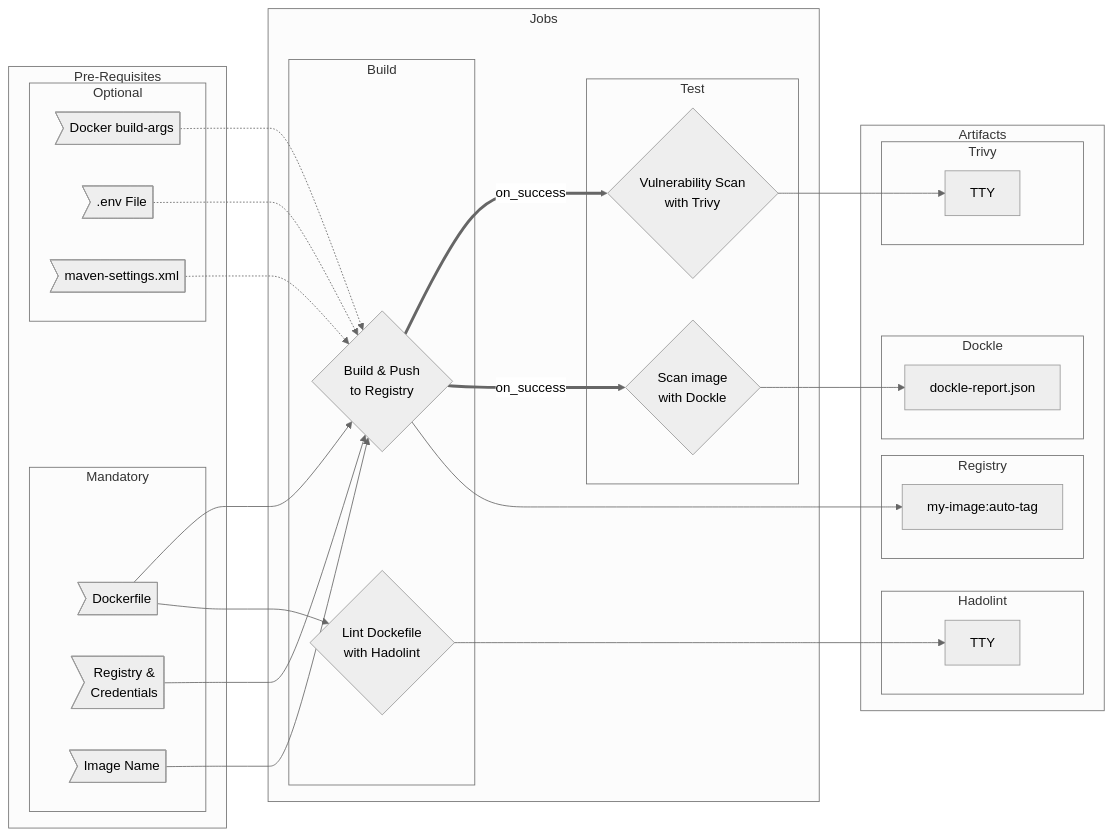
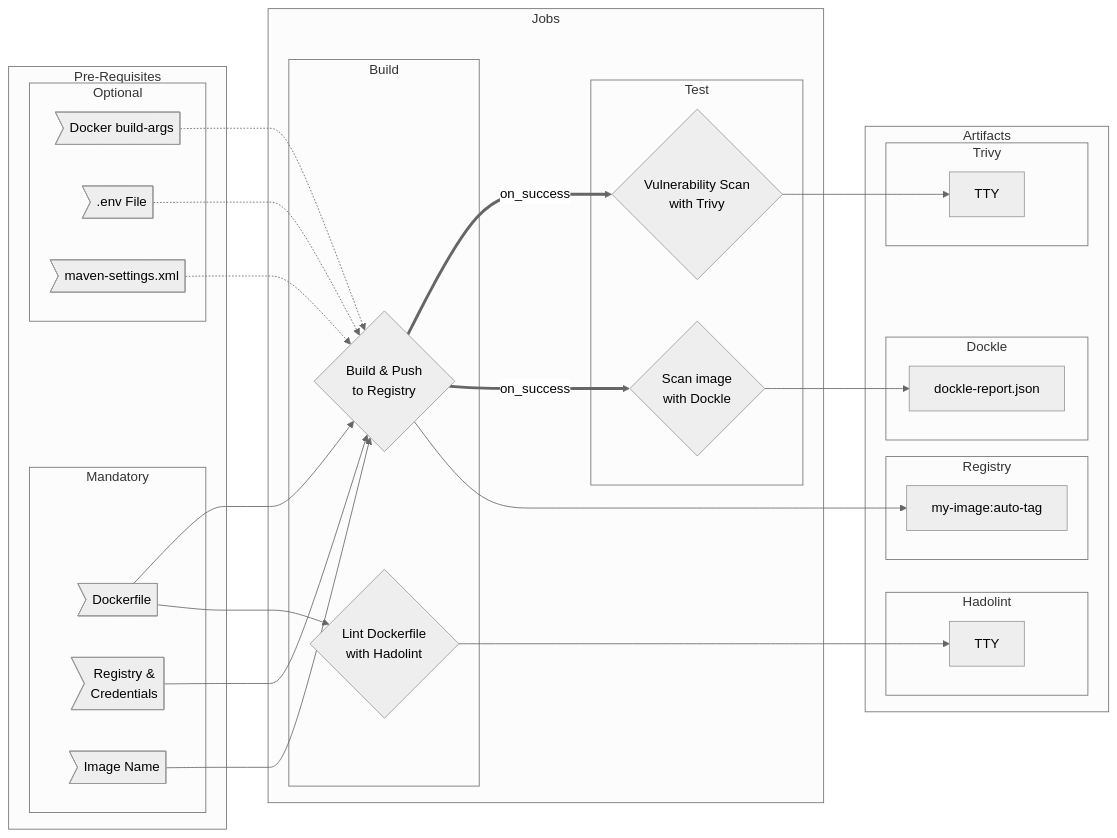
Before and after one commit to erzz/workflows: the diagram in docs/container/README.md, drawn with Mermaid. The commit also changed 13 other files, not shown here.

````diff
--- a/docs/container/README.md
+++ b/docs/container/README.md
@@ -14,58 +14,58 @@
 ```mermaid
 %%{init: {'theme': 'neutral'}}%%
 flowchart LR
   subgraph Pre-Requisites
     subgraph Mandatory
       dockerfile>"Dockerfile"]
       docker-creds>"Registry &\nCredentials"]
       image-name>"Image Name"]
     end
     subgraph Optional
       build-args>"Docker build-args"]
       env-file>".env File"]
       maven-settings>"maven-settings.xml"]
     end
   end
   subgraph Jobs
     subgraph Build
       build{"Build & Push\nto Registry"}
-      hadolint{"Lint Dockefile\nwith Hadolint"}
+      hadolint{"Lint Dockerfile\nwith Hadolint"}
     end
     subgraph Test
       dockle{"Scan image\nwith Dockle"}
       trivy{"Vulnerability Scan\nwith Trivy"}
     end
   end
   subgraph Artifacts
     subgraph Registry
       image["my-image:auto-tag"]
     end
     subgraph Hadolint
       hado-tty["TTY"]
     end
     subgraph Trivy
       trivy-tty["TTY"]
     end
     subgraph Dockle
       dockle-json["dockle-report.json"]
     end
   end
   
   %% dependencies -> Jobs
   image-name-->build
   docker-creds-->build
   dockerfile-->build
   dockerfile-->hadolint
   build-args-.->build
   env-file-.->build
   maven-settings-.->build
   build ==>|on_success| trivy
   build ==>|on_success| dockle
   
   %% Jobs -> Artifacts
   build-->image
   trivy-->trivy-tty
   dockle-->dockle-json
   hadolint-->hado-tty
 
 ```
````
